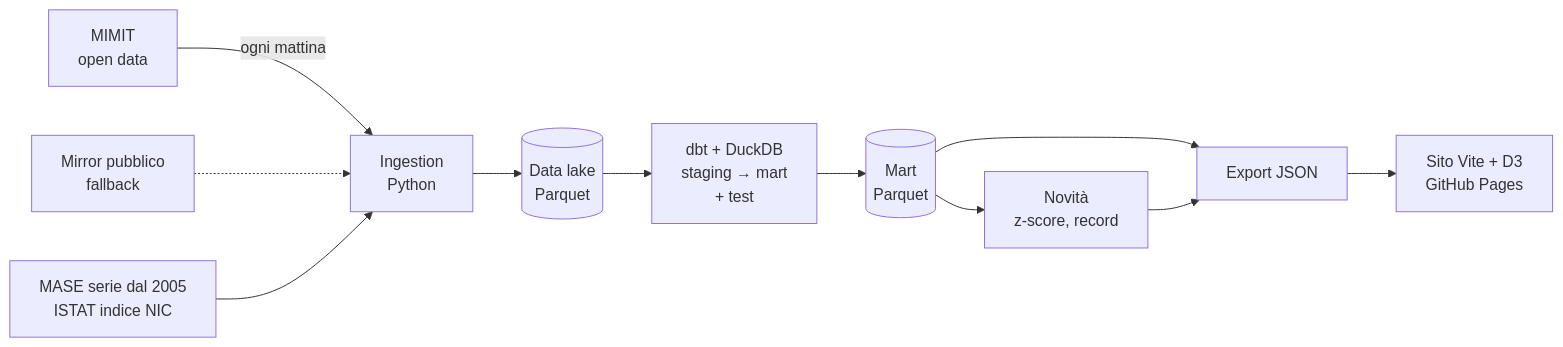
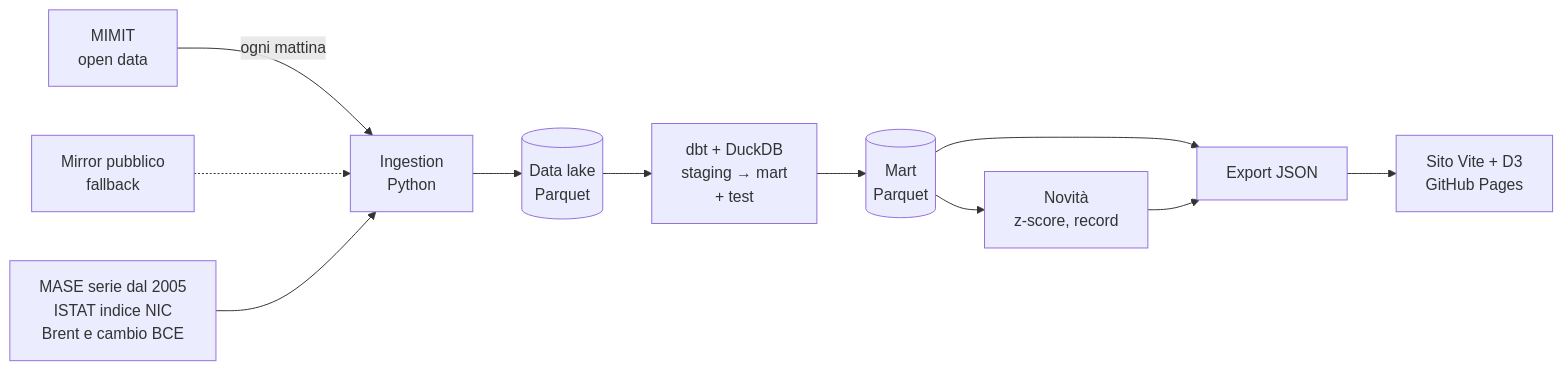
One commit to gabrieleafferni/termometroitalia changed the diagram in README.md. Above: the diagram before and after it, drawn with Mermaid. The commit also changed other lines of this file and 281 other files, not shown here.

First line of the commit message:
Dal barile alla pompa: prezzo industriale contro petrolio Brent dal 2005

````diff
--- a/README.md
+++ b/README.md
@@ -20,13 +20,13 @@
 ```mermaid
 flowchart LR
     A[MIMIT<br/>open data] -->|ogni mattina| B[Ingestion<br/>Python]
     A2[Mirror pubblico<br/>fallback] -.-> B
-    A3[MASE serie dal 2005<br/>ISTAT indice NIC] --> B
+    A3[MASE serie dal 2005<br/>ISTAT indice NIC<br/>Brent e cambio BCE] --> B
     B --> C[(Data lake<br/>Parquet)]
     C --> D[dbt + DuckDB<br/>staging → mart<br/>+ test]
     D --> E[(Mart<br/>Parquet)]
     E --> F[Novità<br/>z-score, record]
     E --> G[Export JSON]
     F --> G
     G --> H[Sito Vite + D3<br/>GitHub Pages]
 ```
````
